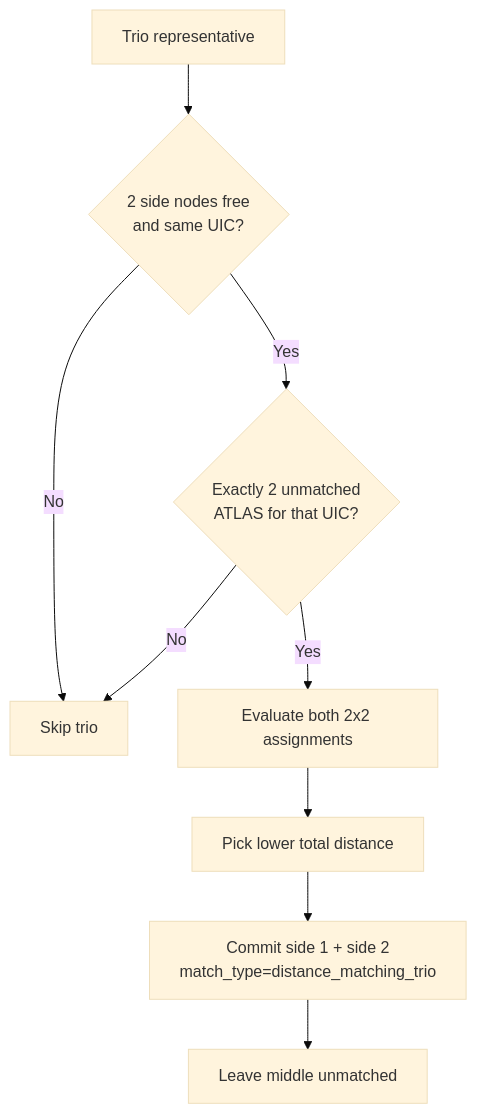
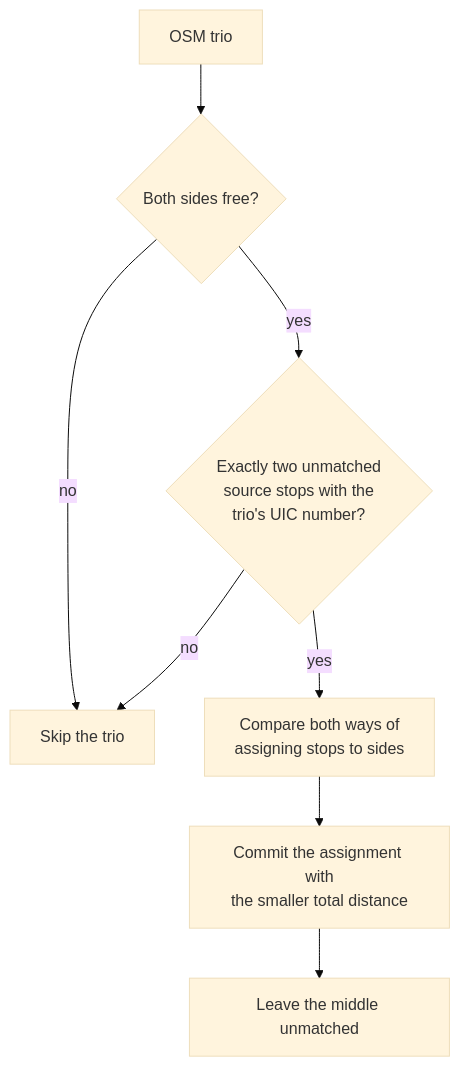
The first of 4 diagrams in documentation/2.4 Distance matching.md (openTdataCH/osm-public-transport-matcher), drawn with Mermaid (base theme) before and after one commit. The commit also changed other lines of this file and 31 other files, not shown here.

````diff
--- a/documentation/2.4 Distance matching.md
+++ b/documentation/2.4 Distance matching.md
@@ -47,11 +19,10 @@
 ```mermaid
 flowchart TB
-    A["Trio representative"] --> B{"2 side nodes free\nand same UIC?"}
-    B -->|No| X["Skip trio"]
-    B -->|Yes| C{"Exactly 2 unmatched\nATLAS for that UIC?"}
-    C -->|No| X
-    C -->|Yes| D["Evaluate both 2x2 assignments"]
-    D --> E["Pick lower total distance"]
-    E --> F["Commit side 1 + side 2\nmatch_type=distance_matching_trio"]
-    F --> G["Leave middle unmatched"]
+    A["OSM trio"] --> B{"Both sides free?"}
+    B -->|"no"| X["Skip the trio"]
+    B -->|"yes"| C{"Exactly two unmatched<br/>source stops with the<br/>trio's UIC number?"}
+    C -->|"no"| X
+    C -->|"yes"| D["Compare both ways of<br/>assigning stops to sides"]
+    D --> E["Commit the assignment with<br/>the smaller total distance"]
+    E --> F["Leave the middle unmatched"]
 ```
````
